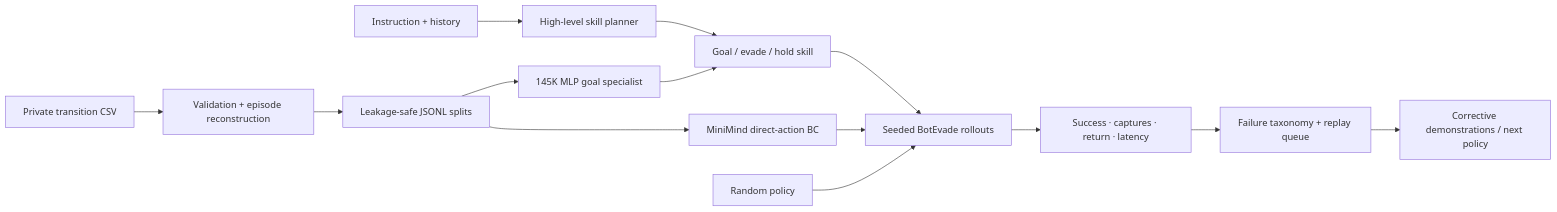
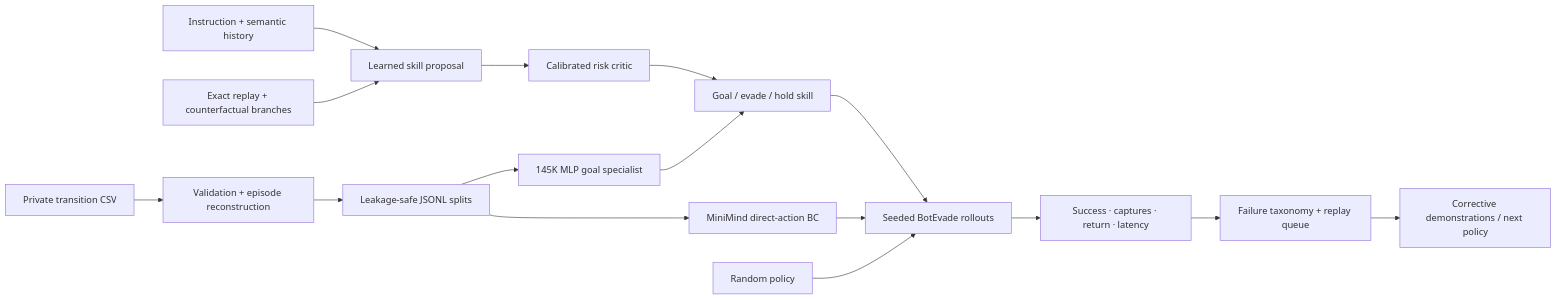
One commit to hanshuo-shuo/MouseMind changed the diagram in README.md. Above: the diagram before and after it, drawn with Mermaid. The commit also changed other lines of this file and 75 other files, not shown here.

````diff
--- a/README.md
+++ b/README.md
@@ -79,16 +97,18 @@
 ```mermaid
 flowchart LR
     A["Private transition CSV"] --> B["Validation + episode reconstruction"]
     B --> C["Leakage-safe JSONL splits"]
     C --> D["MiniMind direct-action BC"]
     C --> E["145K MLP goal specialist"]
-    I["Instruction + history"] --> P["High-level skill planner"]
-    P --> Q["Goal / evade / hold skill"]
+    I["Instruction + semantic history"] --> P["Learned skill proposal"]
+    X["Exact replay + counterfactual branches"] --> P
+    P --> V["Calibrated risk critic"]
+    V --> Q["Goal / evade / hold skill"]
     E --> Q
     Q --> G["Seeded BotEvade rollouts"]
     D --> G
     H["Random policy"] --> G
     G --> J["Success · captures · return · latency"]
     J --> K["Failure taxonomy + replay queue"]
     K --> L["Corrective demonstrations / next policy"]
 ```
````
